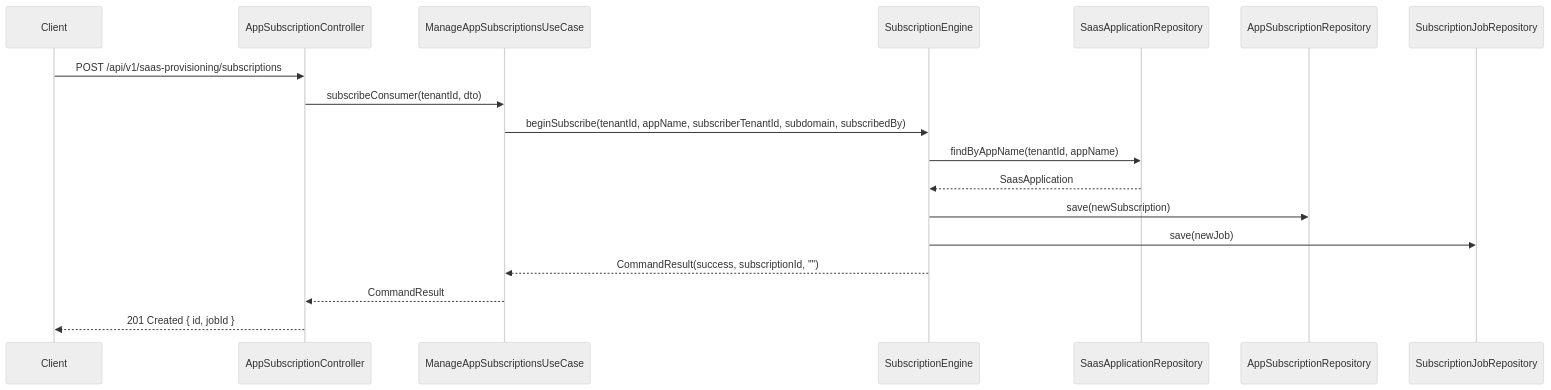
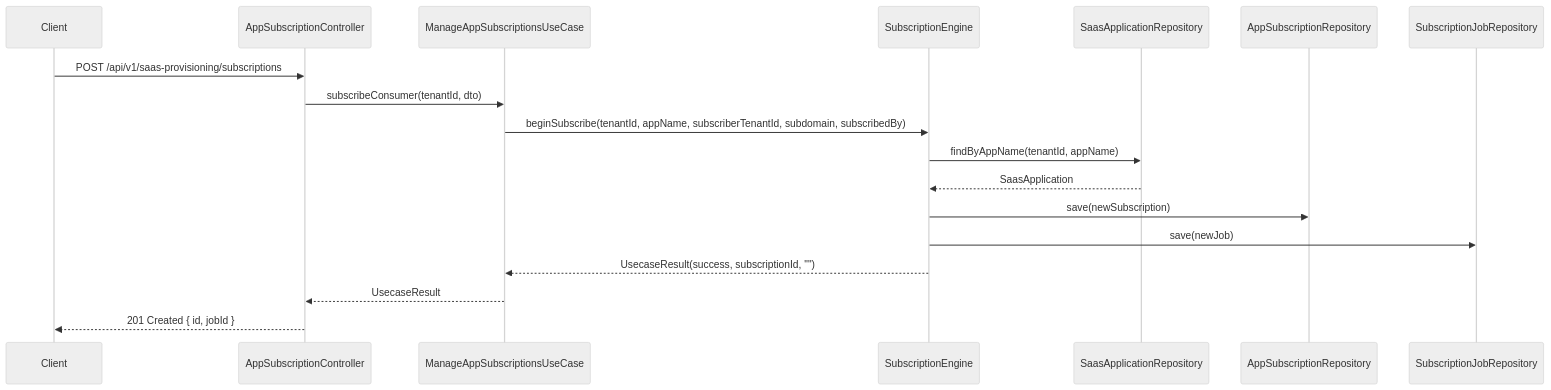
Before and after one commit to UIMSolutions/uim-platform: the second of 5 diagrams in saas-provisioning/UML.md, drawn with Mermaid (neutral theme). The commit also changed other lines of this file and 907 other files, not shown here.

Commit message:
Rename CommandResult

````diff
--- a/saas-provisioning/UML.md
+++ b/saas-provisioning/UML.md
@@ -245,21 +245,21 @@
 ```mermaid
 sequenceDiagram
     participant Client
     participant AppSubController as AppSubscriptionController
     participant SubUC as ManageAppSubscriptionsUseCase
     participant Engine as SubscriptionEngine
     participant AppRepo as SaasApplicationRepository
     participant SubRepo as AppSubscriptionRepository
     participant JobRepo as SubscriptionJobRepository
 
     Client->>AppSubController: POST /api/v1/saas-provisioning/subscriptions
     AppSubController->>SubUC: subscribeConsumer(tenantId, dto)
     SubUC->>Engine: beginSubscribe(tenantId, appName, subscriberTenantId, subdomain, subscribedBy)
     Engine->>AppRepo: findByAppName(tenantId, appName)
     AppRepo-->>Engine: SaasApplication
     Engine->>SubRepo: save(newSubscription)
     Engine->>JobRepo: save(newJob)
-    Engine-->>SubUC: CommandResult(success, subscriptionId, "")
-    SubUC-->>AppSubController: CommandResult
+    Engine-->>SubUC: UsecaseResult(success, subscriptionId, "")
+    SubUC-->>AppSubController: UsecaseResult
     AppSubController-->>Client: 201 Created { id, jobId }
 ```
````
